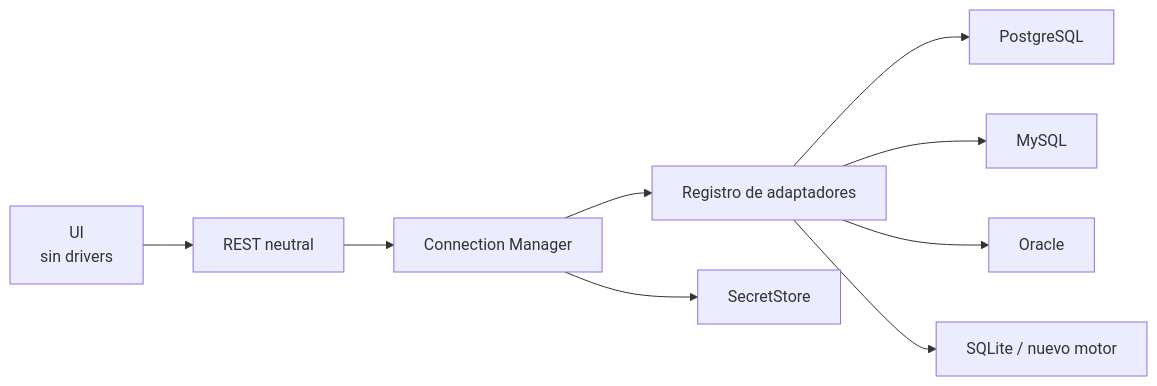
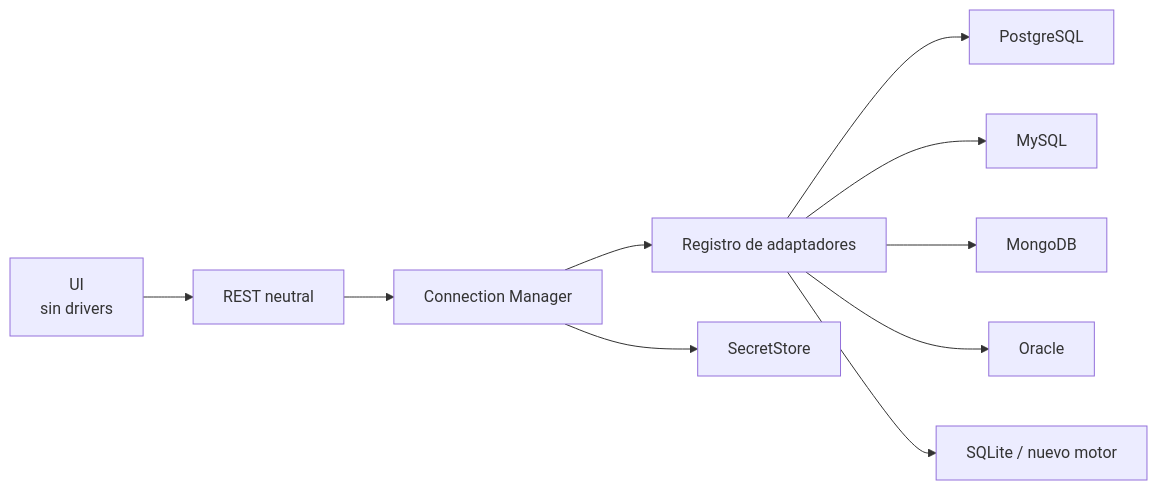
Before and after one commit to dfr2098/jaiva: the first of 2 diagrams in docs/connection-manager.md, drawn with Mermaid. The commit also changed other lines of this file and 26 other files, not shown here.

````diff
--- a/docs/connection-manager.md
+++ b/docs/connection-manager.md
@@ -31,11 +31,12 @@
 ```mermaid
 flowchart LR
     UI["UI<br/>sin drivers"] --> API["REST neutral"]
     API --> CM["Connection Manager"]
     CM --> REG["Registro de adaptadores"]
     REG --> PG["PostgreSQL"]
     REG --> MY["MySQL"]
+    REG --> MONGO["MongoDB"]
     REG --> ORA["Oracle"]
     REG --> NEW["SQLite / nuevo motor"]
     CM --> SEC["SecretStore"]
 ```
````
